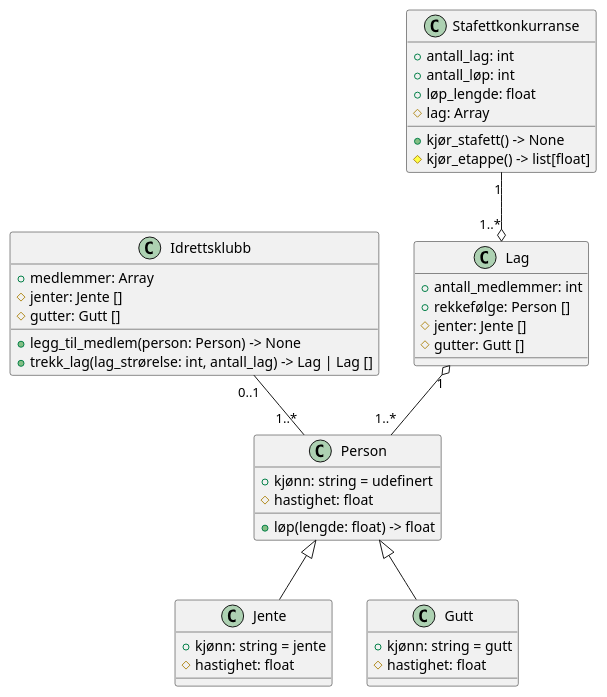
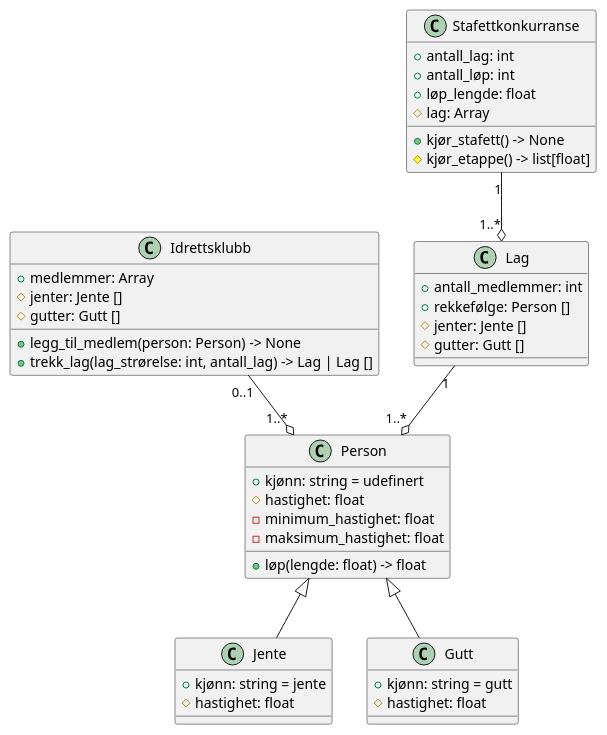
One commit to sheeshDotExe/IT2-github changed the diagram in stafettkunkurranse/modell.puml. Above: the diagram before and after it, drawn with PlantUML. The commit also changed 3 other files, not shown here.

```diff
--- a/stafettkunkurranse/modell.puml
+++ b/stafettkunkurranse/modell.puml
@@ -1,53 +1,55 @@
 @startuml stafettlop
 
 class Idrettsklubb{
     + medlemmer: Array
     # jenter: Jente []
     # gutter: Gutt []
 
     + legg_til_medlem(person: Person) -> None
     + trekk_lag(lag_strørelse: int, antall_lag) -> Lag | Lag []
 }
 
 class Stafettkonkurranse {
     + antall_lag: int
     + antall_løp: int
     + løp_lengde: float
     # lag: Array
 
     + kjør_stafett() -> None
     # kjør_etappe() -> list[float]
 }
 
 class Lag {
     + antall_medlemmer: int
     + rekkefølge: Person []
     # jenter: Jente []
     # gutter: Gutt []
 }
 
 class Person {
     + kjønn: string = udefinert
     # hastighet: float
+    - minimum_hastighet: float
+    - maksimum_hastighet: float
 
     + løp(lengde: float) -> float
 }
 class Jente {
     + kjønn: string = jente
     # hastighet: float
 }
 class Gutt {
     + kjønn: string = gutt
     # hastighet: float
 }
 
 Person <|-- Jente
 Person <|-- Gutt
 
-Idrettsklubb "0..1" -- "1..*" Person
+Idrettsklubb "0..1" --o "1..*" Person
 
 Stafettkonkurranse "1" --o "1..*" Lag
-Lag "1" o-- "1..*" Person
+Lag "1" --o "1..*" Person
 
 
 @enduml
```
